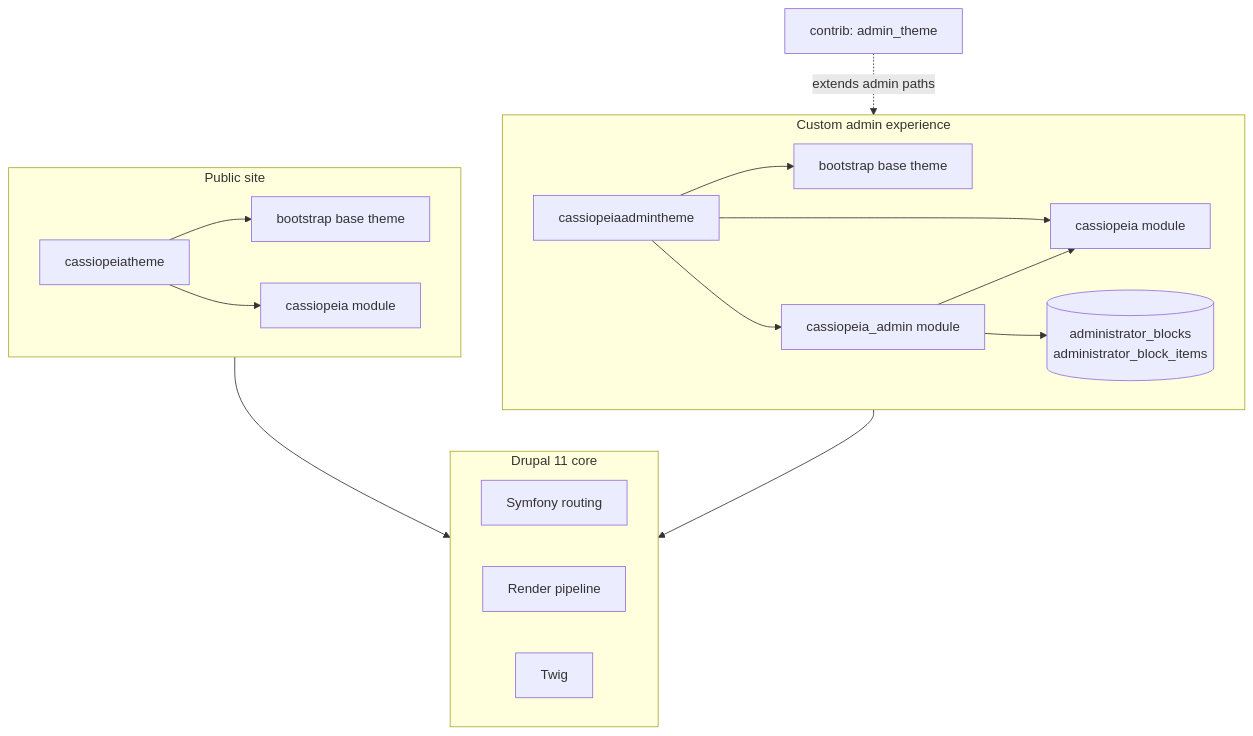
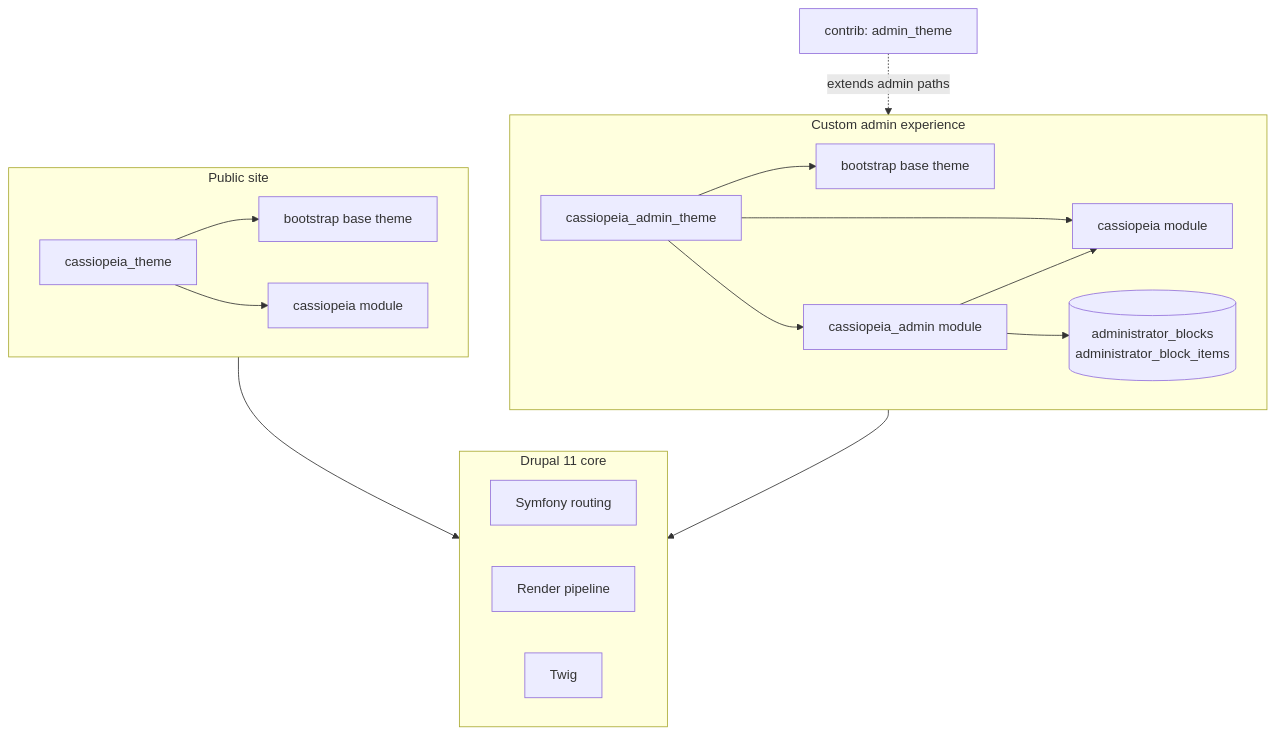
The diagram in docs/TECHNICAL_DOCUMENTATION.md (nguyentu99/Drupal11Base), drawn with Mermaid before and after one commit. The commit also changed other lines of this file and 37 other files, not shown here.

````diff
--- a/docs/TECHNICAL_DOCUMENTATION.md
+++ b/docs/TECHNICAL_DOCUMENTATION.md
@@ -87,33 +87,33 @@
 ```mermaid
 flowchart TB
   subgraph Public["Public site"]
-    CT[cassiopeiatheme]
+    CT[cassiopeia_theme]
     BS1[bootstrap base theme]
     CM[cassiopeia module]
     CT --> BS1
     CT --> CM
   end
 
   subgraph Admin["Custom admin experience"]
-    CAT[cassiopeiaadmintheme]
+    CAT[cassiopeia_admin_theme]
     BS2[bootstrap base theme]
     CA[cassiopeia_admin module]
     CM2[cassiopeia module]
     DB[(administrator_blocks<br/>administrator_block_items)]
     CAT --> BS2
     CAT --> CM2
     CAT --> CA
     CA --> CM2
     CA --> DB
   end
 
   subgraph DrupalCore["Drupal 11 core"]
     ROUTER[Symfony routing]
     RENDER[Render pipeline]
     TWIG[Twig]
   end
 
   Public --> DrupalCore
   Admin --> DrupalCore
   AT[contrib: admin_theme] -.->|extends admin paths| Admin
 ```
````
